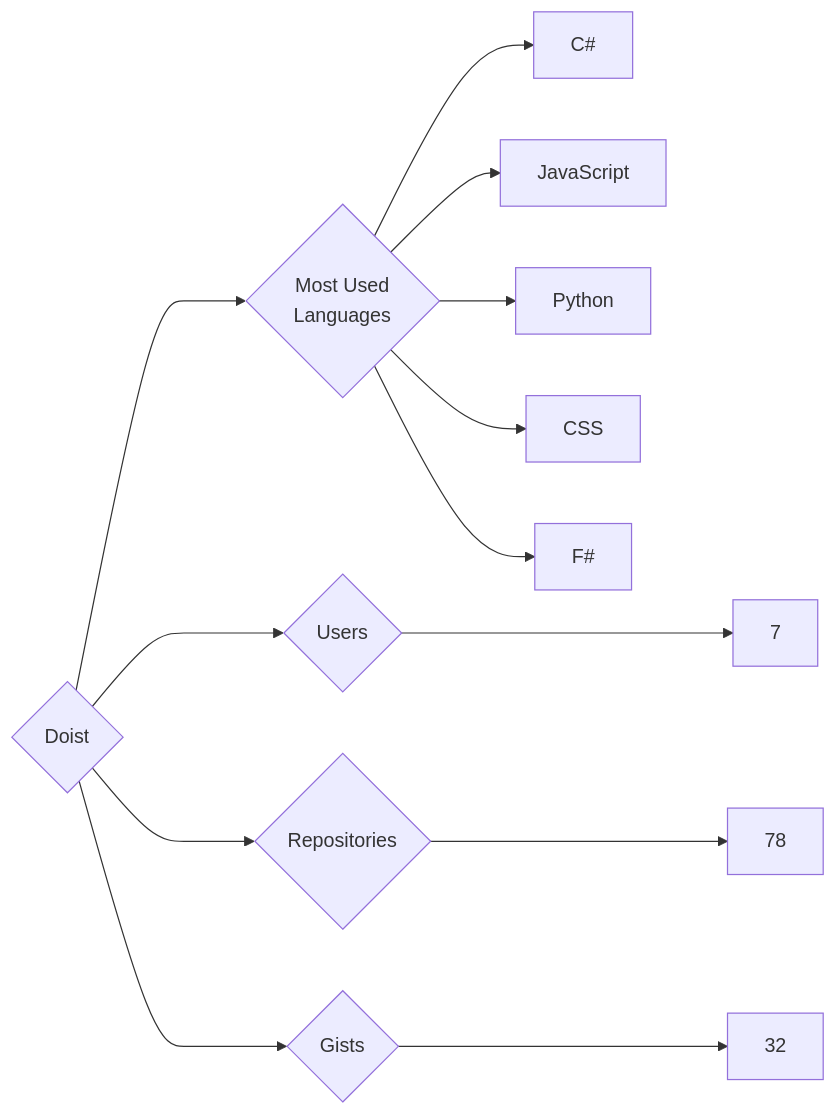
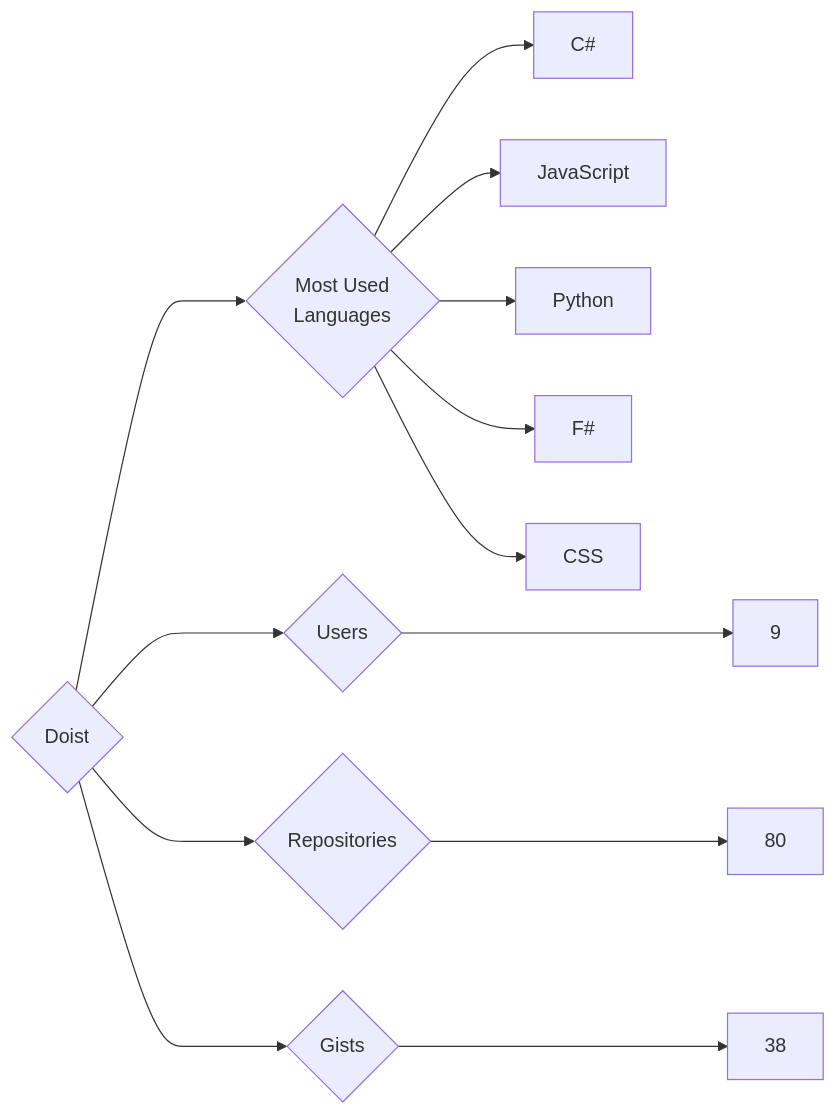
The diagram in targets/Doist/README.md (trickest/insiders), drawn with Mermaid before and after one commit. The commit also changed 1148 other files, not shown here.

````diff
--- a/targets/Doist/README.md
+++ b/targets/Doist/README.md
@@ -3,13 +3,13 @@
 ```mermaid
 graph LR
 COMPANY_NAME{Doist}
-COMPANY_NAME ---> U{Users} ---> UN[7]
-COMPANY_NAME ---> R{Repositories} ---> RN[78]
-COMPANY_NAME ---> G{Gists} ---> GN[32]
+COMPANY_NAME ---> U{Users} ---> UN[9]
+COMPANY_NAME ---> R{Repositories} ---> RN[80]
+COMPANY_NAME ---> G{Gists} ---> GN[38]
 COMPANY_NAME ---> ML{Most Used<br>Languages}
 ML --> C#[C#]
 ML --> JavaScript[JavaScript]
 ML --> Python[Python]
+ML --> F#[F#]
 ML --> CSS[CSS]
-ML --> F#[F#]
 ```
````
